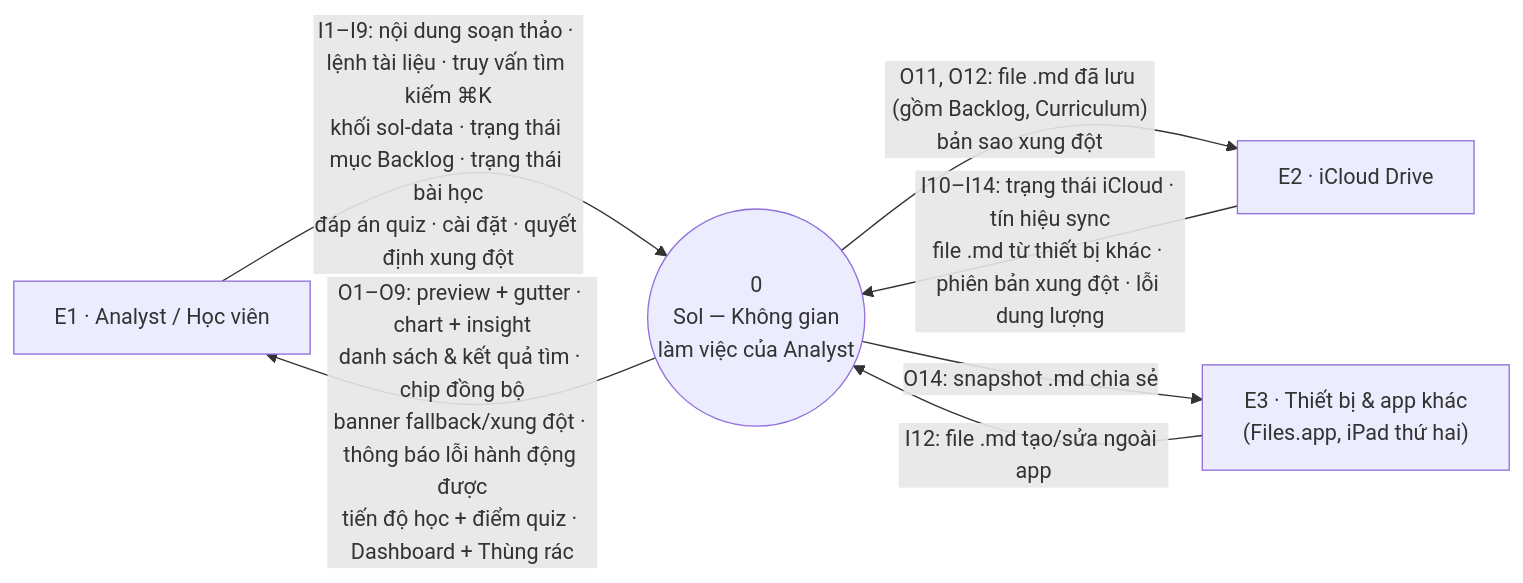
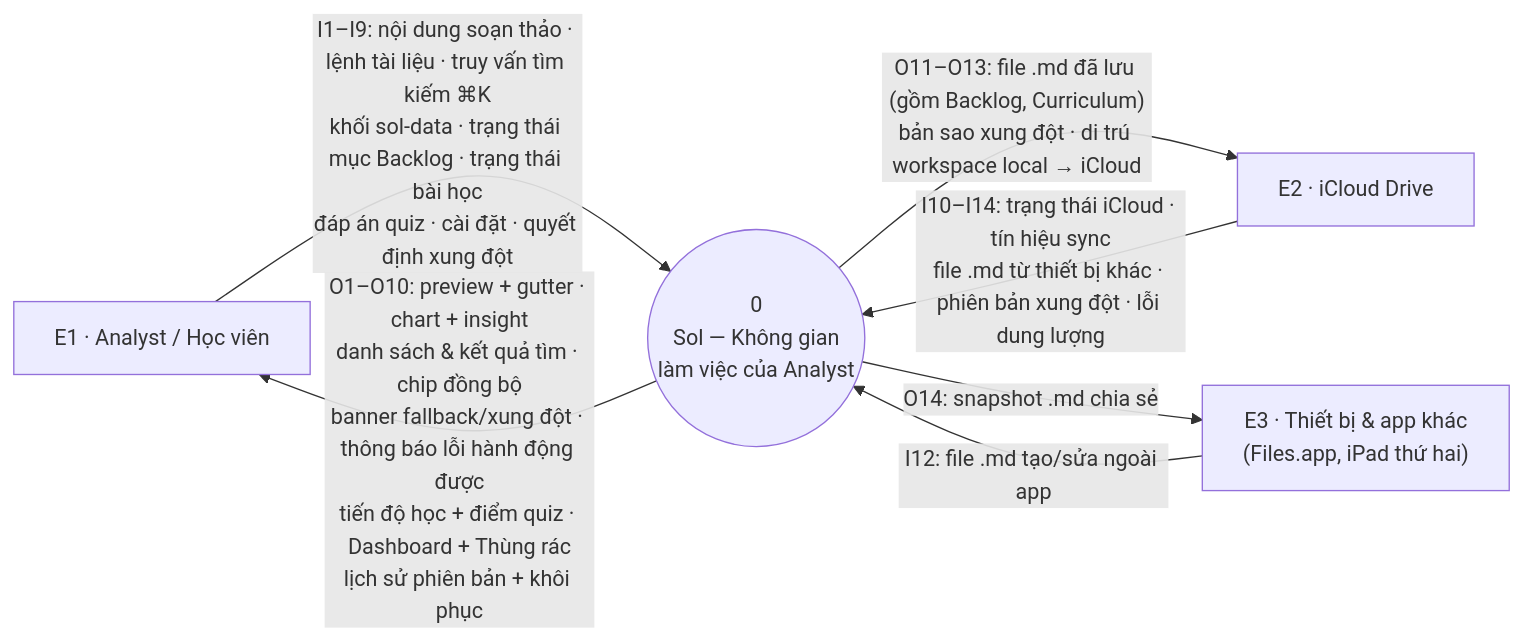
The first of 3 diagrams in docs/dfd-sol-ipados.md (businessanalysisio/Sol-iPadOS), drawn with Mermaid before and after one commit. The commit also changed other lines of this file and 8 other files, not shown here.

First line of the commit message:
feat(store+workspace): nối O10/O13 từ thẩm định DFD — Lịch sử phiên bản + di trú iCloud

````diff
--- a/docs/dfd-sol-ipados.md
+++ b/docs/dfd-sol-ipados.md
@@ -78,14 +79,14 @@
 ```mermaid
 flowchart LR
     E1["E1 · Analyst / Học viên"]
     E2["E2 · iCloud Drive"]
     E3["E3 · Thiết bị & app khác<br/>(Files.app, iPad thứ hai)"]
     P0(("0<br/>Sol — Không gian<br/>làm việc của Analyst"))
 
     E1 -- "I1–I9: nội dung soạn thảo · lệnh tài liệu · truy vấn tìm kiếm ⌘K<br/>khối sol-data · trạng thái mục Backlog · trạng thái bài học<br/>đáp án quiz · cài đặt · quyết định xung đột" --> P0
-    P0 -- "O1–O9: preview + gutter · chart + insight<br/>danh sách & kết quả tìm · chip đồng bộ<br/>banner fallback/xung đột · thông báo lỗi hành động được<br/>tiến độ học + điểm quiz · Dashboard + Thùng rác" --> E1
+    P0 -- "O1–O10: preview + gutter · chart + insight<br/>danh sách & kết quả tìm · chip đồng bộ<br/>banner fallback/xung đột · thông báo lỗi hành động được<br/>tiến độ học + điểm quiz · Dashboard + Thùng rác<br/>lịch sử phiên bản + khôi phục" --> E1
     E2 -- "I10–I14: trạng thái iCloud · tín hiệu sync<br/>file .md từ thiết bị khác · phiên bản xung đột · lỗi dung lượng" --> P0
-    P0 -- "O11, O12: file .md đã lưu (gồm Backlog, Curriculum)<br/>bản sao xung đột" --> E2
+    P0 -- "O11–O13: file .md đã lưu (gồm Backlog, Curriculum)<br/>bản sao xung đột · di trú workspace local → iCloud" --> E2
     E3 -- "I12: file .md tạo/sửa ngoài app" --> P0
     P0 -- "O14: snapshot .md chia sẻ" --> E3
 ```
````
